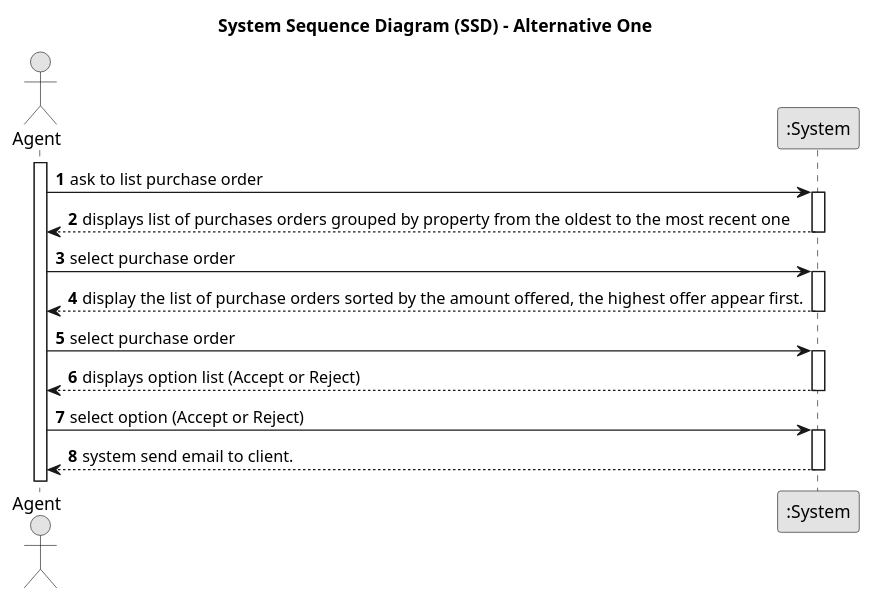
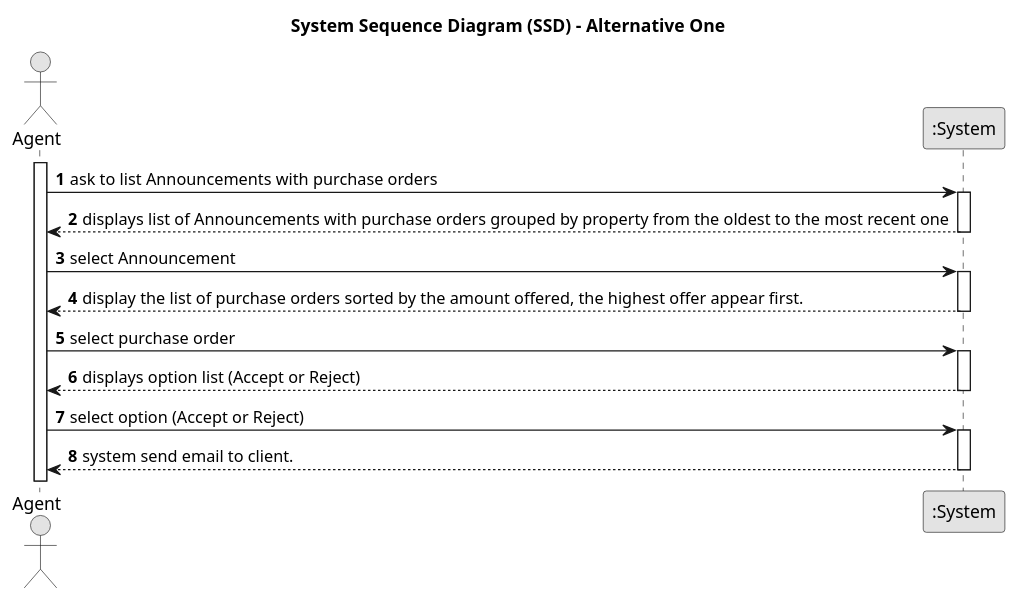
Before and after one commit to Goncalves2525/real-estate-management-system: the diagram in docs/sprintD/us011/01.requirements-engineering/puml/us011-system-sequence-diagram-alternative-one.puml, drawn with PlantUML. The commit also changed 9 other files, not shown here.

```diff
--- a/docs/sprintD/us011/01.requirements-engineering/puml/us011-system-sequence-diagram-alternative-one.puml
+++ b/docs/sprintD/us011/01.requirements-engineering/puml/us011-system-sequence-diagram-alternative-one.puml
@@ -1,40 +1,40 @@
 @startuml
 skinparam monochrome true
 skinparam packageStyle rectangle
 skinparam shadowing false
 
 title System Sequence Diagram (SSD) - Alternative One
 
 autonumber
 
 actor "Agent" as Agent
 participant ":System" as System
 
 activate Agent
 
-        Agent -> System : ask to list purchase order
+        Agent -> System : ask to list Announcements with purchase orders
     activate System
 
-        System --> Agent : displays list of purchases orders grouped by property from the oldest to the most recent one
+        System --> Agent : displays list of Announcements with purchase orders grouped by property from the oldest to the most recent one
     deactivate  System
 
-        Agent -> System :select purchase order
+        Agent -> System :select Announcement
     activate System
 
         System --> Agent :display the list of purchase orders sorted by the amount offered, the highest offer appear first.
     deactivate System
 
         Agent -> System : select purchase order
     activate System
 
         System --> Agent : displays option list (Accept or Reject)
     deactivate  System
 
         Agent -> System :select option (Accept or Reject)
     activate System
 
         System --> Agent : system send email to client.
     deactivate System
 
 
 @enduml
```
